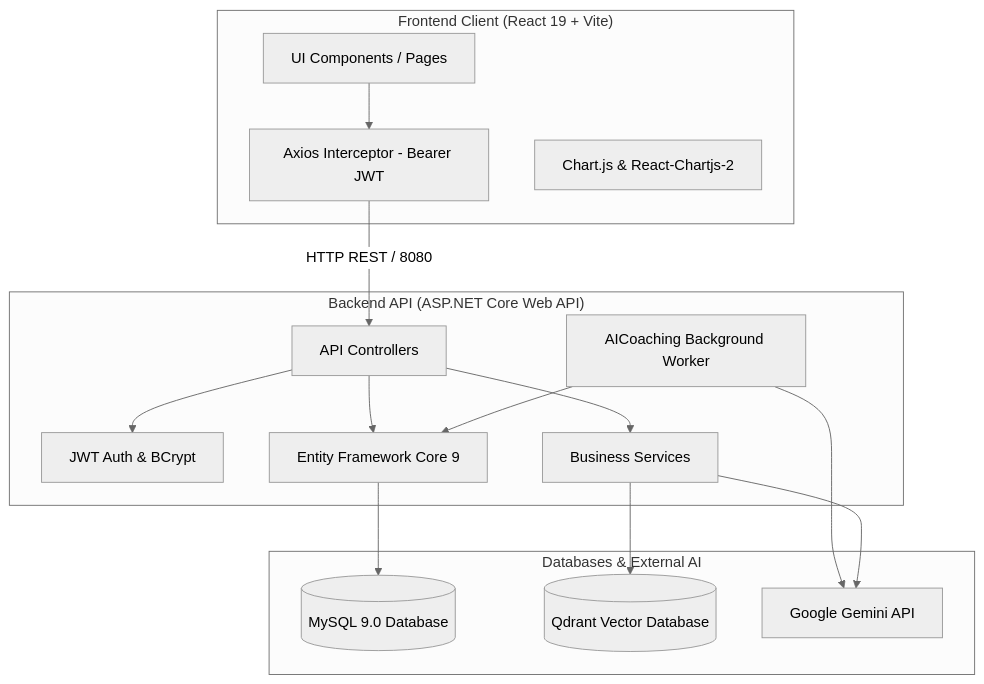
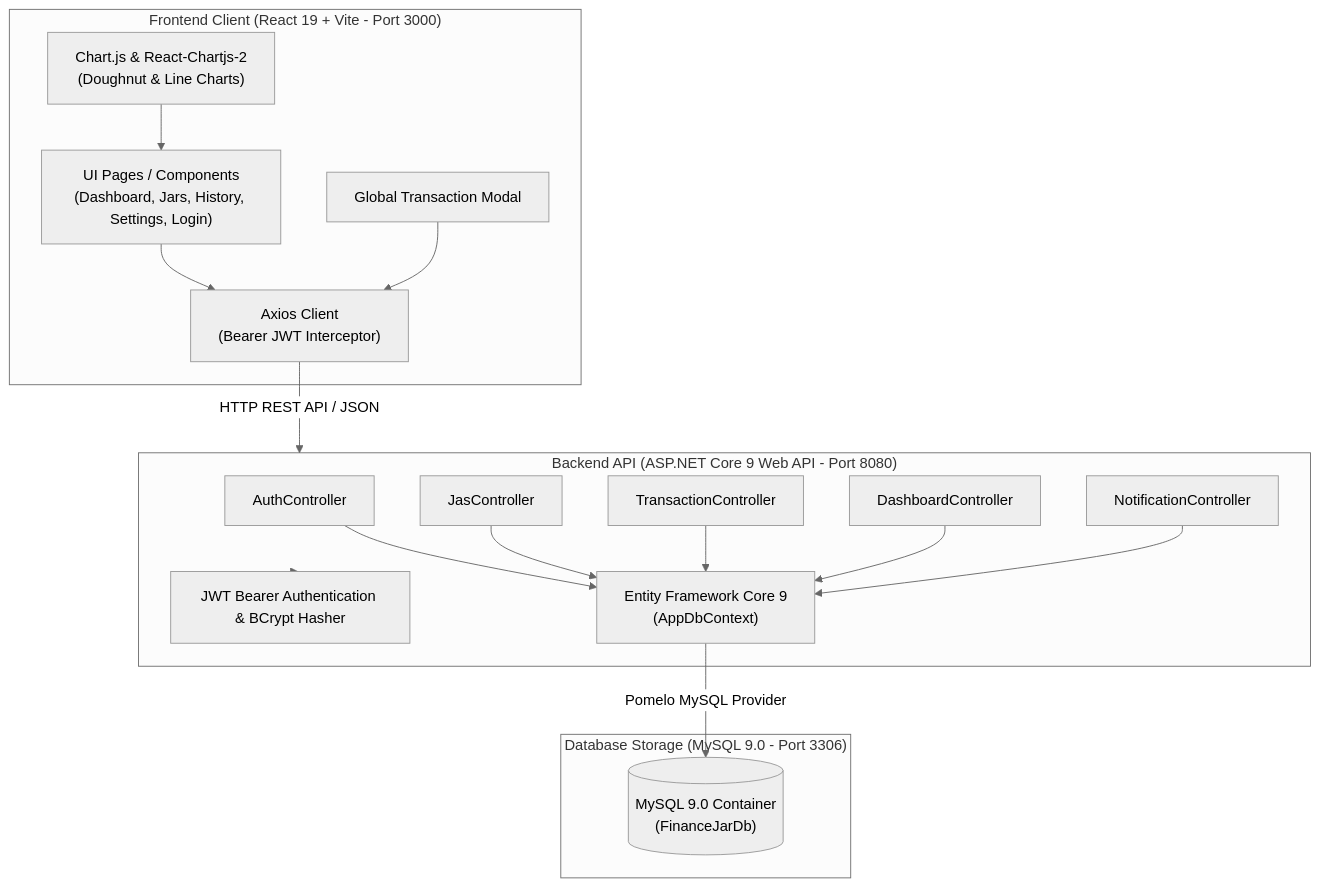
The first of 2 diagrams in SYSTEM_SPECIFICATION.md (ThaoChie/PersonalFintech), drawn with Mermaid (neutral theme) before and after one commit. The commit also changed other lines of this file and 2 other files, not shown here.

Commit message:
docs: update README, system specification, and URD for 13 core use cases

````diff
--- a/SYSTEM_SPECIFICATION.md
+++ b/SYSTEM_SPECIFICATION.md
@@ -13,33 +19,36 @@
 ```mermaid
 graph TD
-    subgraph Frontend["Frontend Client (React 19 + Vite)"]
-        UI[UI Components / Pages]
-        Axios[Axios Interceptor - Bearer JWT]
-        Charts[Chart.js & React-Chartjs-2]
+    subgraph Client["Frontend Client (React 19 + Vite - Port 3000)"]
+        UI["UI Pages / Components<br/>(Dashboard, Jars, History, Settings, Login)"]
+        Modal["Global Transaction Modal"]
+        Axios["Axios Client<br/>(Bearer JWT Interceptor)"]
+        Charts["Chart.js & React-Chartjs-2<br/>(Doughnut & Line Charts)"]
     end
 
-    subgraph Backend["Backend API (ASP.NET Core Web API)"]
-        Controllers[API Controllers]
-        AuthModule[JWT Auth & BCrypt]
-        Services[Business Services]
-        BgWorker[AICoaching Background Worker]
-        EF[Entity Framework Core 9]
+    subgraph Server["Backend API (ASP.NET Core 9 Web API - Port 8080)"]
+        AuthCtrl["AuthController"]
+        JarCtrl["JasController"]
+        TransCtrl["TransactionController"]
+        DashCtrl["DashboardController"]
+        NotiCtrl["NotificationController"]
+        
+        Security["JWT Bearer Authentication & BCrypt Hasher"]
+        EF["Entity Framework Core 9<br/>(AppDbContext)"]
     end
 
-    subgraph Storage["Databases & External AI"]
-        MySQL[(MySQL 9.0 Database)]
-        Qdrant[(Qdrant Vector Database)]
-        Gemini[Google Gemini API]
+    subgraph Database["Database Storage (MySQL 9.0 - Port 3306)"]
+        MySQL[("MySQL 9.0 Container<br/>(FinanceJarDb)")]
     end
 
     UI --> Axios
-    Axios -->|HTTP REST / 8080| Controllers
-    Controllers --> AuthModule
-    Controllers --> Services
-    Controllers --> EF
-    BgWorker --> EF
-    BgWorker --> Gemini
-    Services --> Gemini
-    Services --> Qdrant
-    EF --> MySQL
+    Modal --> Axios
+    Charts --> UI
+    Axios -->|HTTP REST API / JSON| Server
+    Server --> Security
+    AuthCtrl --> EF
+    JarCtrl --> EF
+    TransCtrl --> EF
+    DashCtrl --> EF
+    NotiCtrl --> EF
+    EF -->|Pomelo MySQL Provider| MySQL
 ```
````
